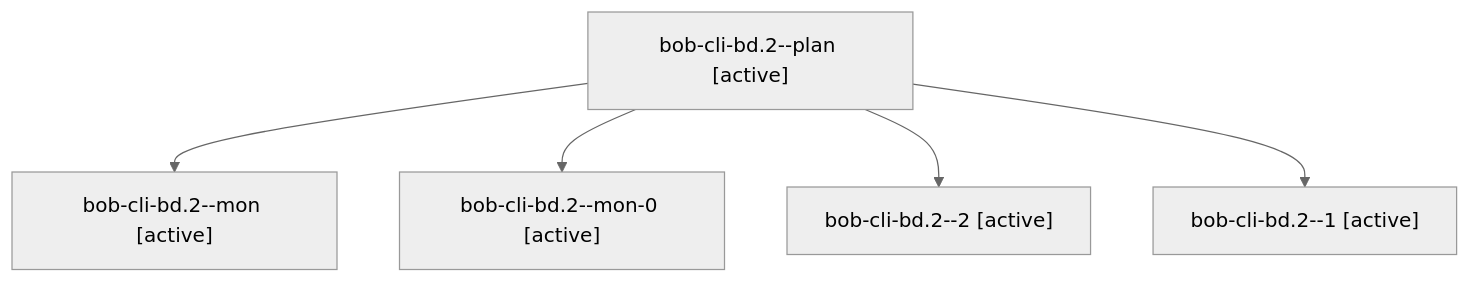
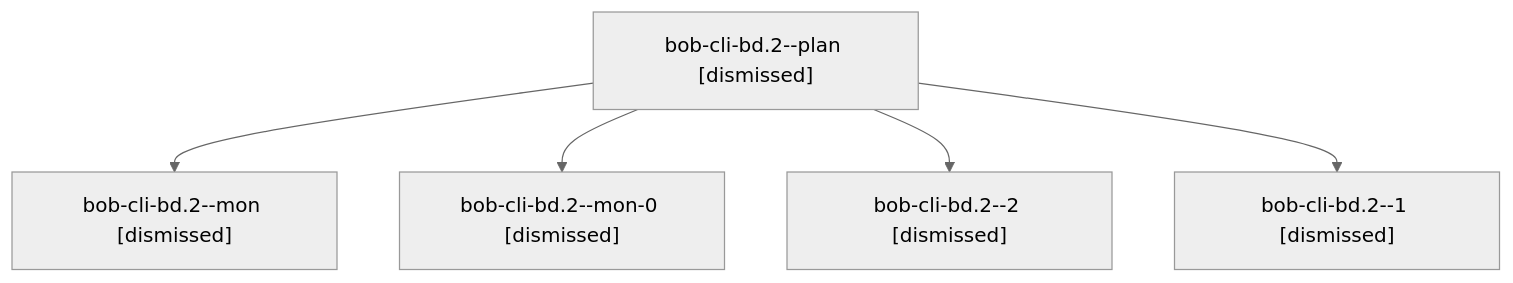
The diagram in sessions/bbugyi200.apollo.bob-cli-bd.2.md (bobs-org/bob-cli--agents), drawn with Mermaid (neutral theme) before and after one commit. The commit also changed other lines of this file and 214 other files, not shown here.

````diff
--- a/sessions/bbugyi200.apollo.bob-cli-bd.2.md
+++ b/sessions/bbugyi200.apollo.bob-cli-bd.2.md
@@ -9,12 +9,12 @@
 ```mermaid
 flowchart TD
-  n0["bob-cli-bd.2--plan [active]"]
-  n1["bob-cli-bd.2--mon [active]"]
+  n0["bob-cli-bd.2--plan [dismissed]"]
+  n1["bob-cli-bd.2--mon [dismissed]"]
   n0 --> n1
-  n2["bob-cli-bd.2--mon-0 [active]"]
+  n2["bob-cli-bd.2--mon-0 [dismissed]"]
   n0 --> n2
-  n3["bob-cli-bd.2--2 [active]"]
+  n3["bob-cli-bd.2--2 [dismissed]"]
   n0 --> n3
-  n4["bob-cli-bd.2--1 [active]"]
+  n4["bob-cli-bd.2--1 [dismissed]"]
   n0 --> n4
 ```
````
